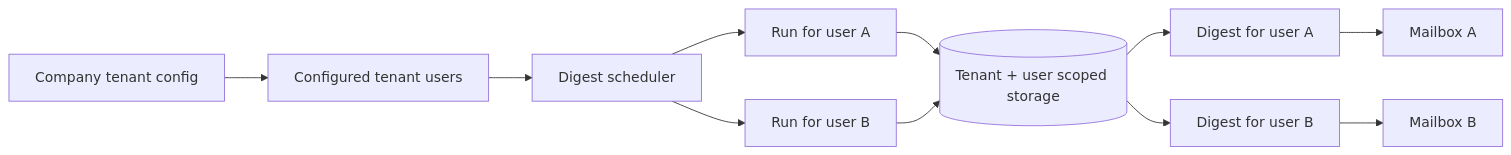
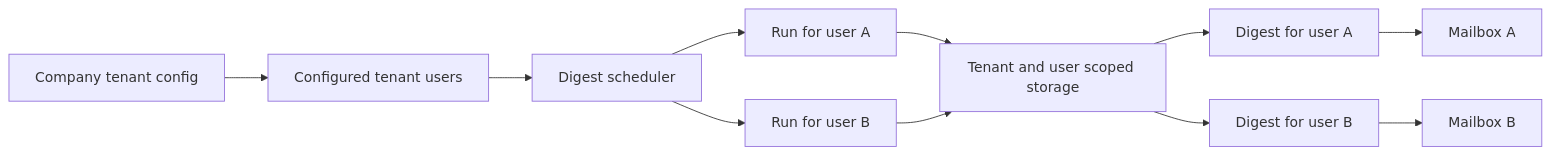
Before and after one commit to AlexAgo83/day-captain: the diagram in logics/request/req_010_day_captain_tenant_scoped_multi_user_digests.md, drawn with Mermaid. The commit also changed 40 other files, not shown here.

Commit message:
Normalize Logics Mermaid diagrams

````diff
--- a/logics/request/req_010_day_captain_tenant_scoped_multi_user_digests.md
+++ b/logics/request/req_010_day_captain_tenant_scoped_multi_user_digests.md
@@ -35,13 +35,13 @@
 ```mermaid
 flowchart LR
     Tenant[Company tenant config] --> Users[Configured tenant users]
     Users --> Scheduler[Digest scheduler]
     Scheduler --> UserA[Run for user A]
     Scheduler --> UserB[Run for user B]
-    UserA --> Store[(Tenant + user scoped storage)]
+    UserA --> Store[Tenant and user scoped storage]
     UserB --> Store
     Store --> DigestA[Digest for user A]
     Store --> DigestB[Digest for user B]
     DigestA --> MailboxA[Mailbox A]
     DigestB --> MailboxB[Mailbox B]
 ```
````
